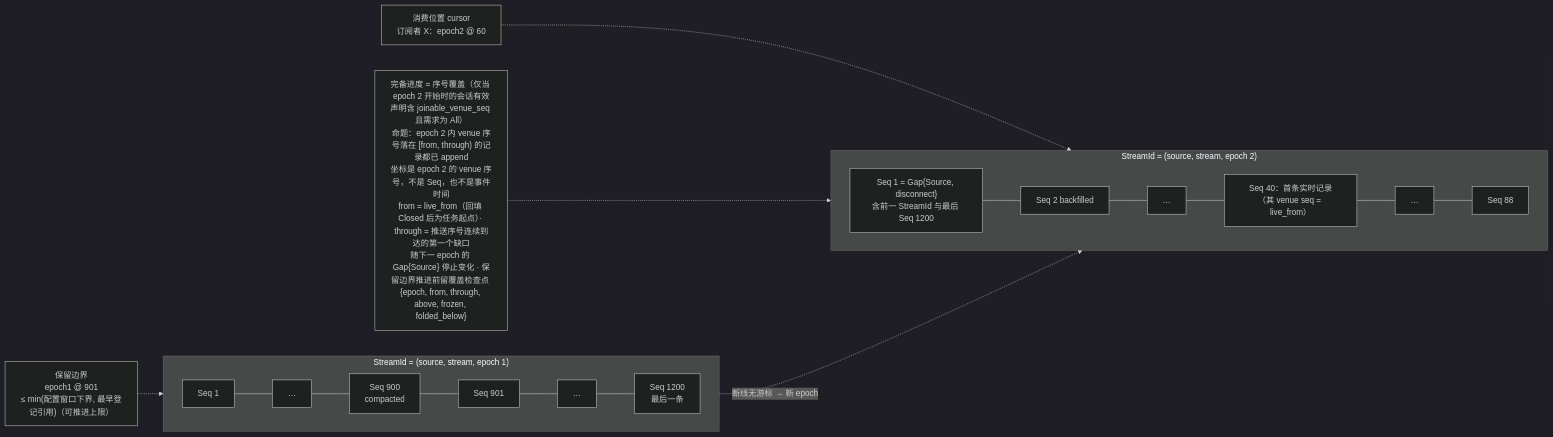
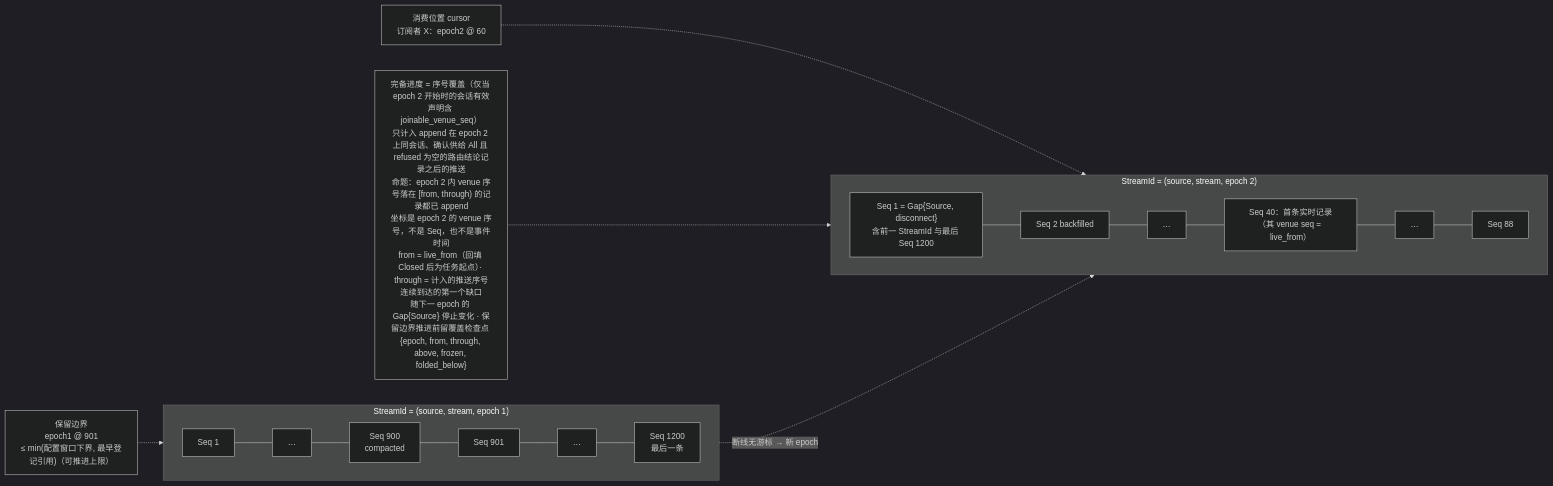
One commit to mouriya-s-lab/uta changed the second of 4 diagrams in design/diagrams/02-record-model.md. Above: the diagram before and after it, drawn with Mermaid (dark theme). The commit also changed other lines of this file and 8 other files, not shown here.

Commit message:
design: push_ordered as fourth declared order evidence, coverage from route-conclusion records with route re-sent per stream epoch, mid-session stream epochs, opaque completeness token downstream, sources without session state, diagram fixes

````diff
--- a/design/diagrams/02-record-model.md
+++ b/design/diagrams/02-record-model.md
@@ -44,15 +44,15 @@
 ```mermaid
 flowchart LR
   subgraph E1["StreamId = (source, stream, epoch 1)"]
     direction LR
     A1["Seq 1"] --- A2["…"] --- A3["Seq 900<br/>compacted"] --- A4["Seq 901"] --- A5["…"] --- A6["Seq 1200<br/>最后一条"]
   end
   subgraph E2["StreamId = (source, stream, epoch 2)"]
     direction LR
     B0["Seq 1 = Gap{Source, disconnect}<br/>含前一 StreamId 与最后 Seq 1200"] --- B1["Seq 2 backfilled"] --- B2["…"] --- B3["Seq 40：首条实时记录<br/>（其 venue seq = live_from）"] --- B4["…"] --- B5["Seq 88"]
   end
   A6 -.->|"断线无游标 → 新 epoch"| B0
   RET["保留边界<br/>epoch1 @ 901<br/>≤ min(配置窗口下界, 最早登记引用)（可推进上限）"] -.-> A4
   CUR["消费位置 cursor<br/>订阅者 X：epoch2 @ 60"] -.-> B4
-  COV["完备进度 = 序号覆盖（仅当 epoch 2 开始时的会话有效声明含 joinable_venue_seq 且需求为 All）<br/>命题：epoch 2 内 venue 序号落在 [from, through) 的记录都已 append<br/>坐标是 epoch 2 的 venue 序号，不是 Seq，也不是事件时间<br/>from = live_from（回填 Closed 后为任务起点）· through = 推送序号连续到达的第一个缺口<br/>随下一 epoch 的 Gap{Source} 停止变化 · 保留边界推进前留覆盖检查点 {epoch, from, through, above, frozen, folded_below}"] -.-> B3
+  COV["完备进度 = 序号覆盖（仅当 epoch 2 开始时的会话有效声明含 joinable_venue_seq）<br/>只计入 append 在 epoch 2 上同会话、确认供给 All 且 refused 为空的路由结论记录之后的推送<br/>命题：epoch 2 内 venue 序号落在 [from, through) 的记录都已 append<br/>坐标是 epoch 2 的 venue 序号，不是 Seq，也不是事件时间<br/>from = live_from（回填 Closed 后为任务起点）· through = 计入的推送序号连续到达的第一个缺口<br/>随下一 epoch 的 Gap{Source} 停止变化 · 保留边界推进前留覆盖检查点 {epoch, from, through, above, frozen, folded_below}"] -.-> B3
 ```
````
